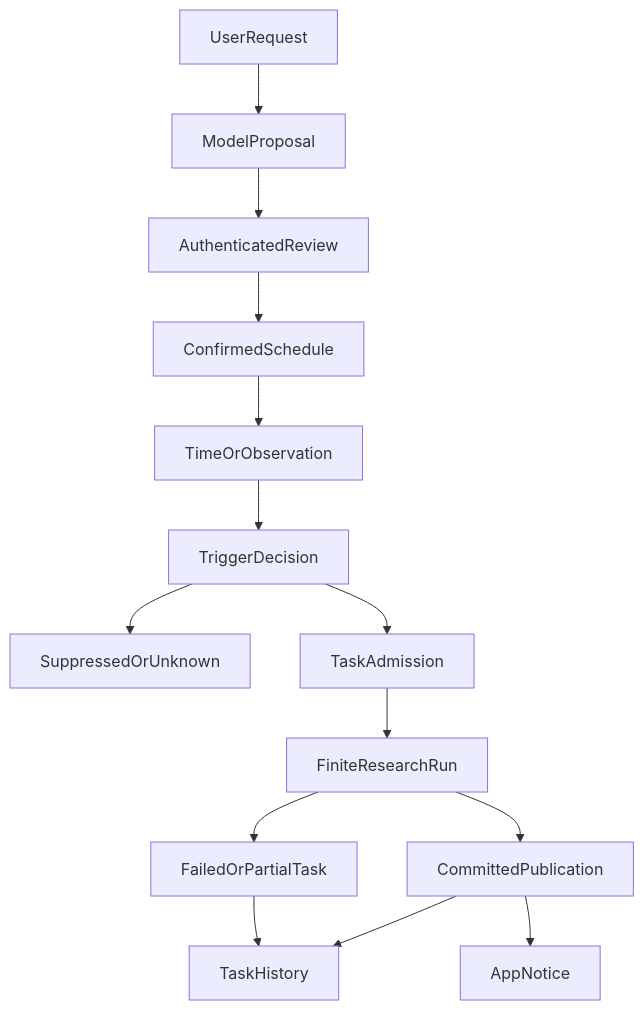
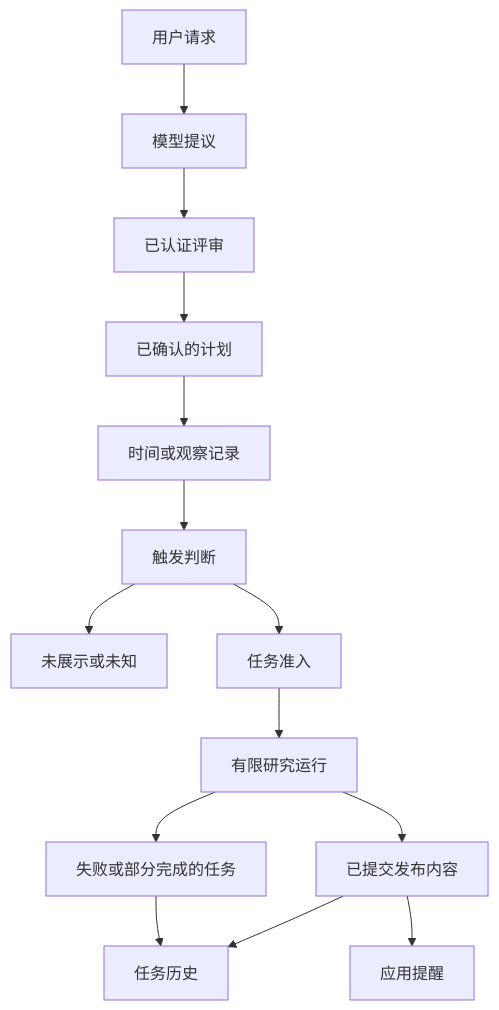
Before and after one commit to hpoenixf/eff-agent-article: the diagram in articles/agent-autonomous-scheduled-research.md, drawn with Mermaid. The commit also changed 52 other files, not shown here.

Commit message:
docs: localize diagrams and clarify flagship guides

````diff
--- a/articles/agent-autonomous-scheduled-research.md
+++ b/articles/agent-autonomous-scheduled-research.md
@@ -89,16 +89,16 @@
 ```mermaid
 graph TD
-UserRequest --> ModelProposal
-ModelProposal --> AuthenticatedReview
-AuthenticatedReview --> ConfirmedSchedule
-ConfirmedSchedule --> TimeOrObservation
-TimeOrObservation --> TriggerDecision
-TriggerDecision --> SuppressedOrUnknown
-TriggerDecision --> TaskAdmission
-TaskAdmission --> FiniteResearchRun
-FiniteResearchRun --> CommittedPublication
-FiniteResearchRun --> FailedOrPartialTask
-FailedOrPartialTask --> TaskHistory
+UserRequest["用户请求"] --> ModelProposal["模型提议"]
+ModelProposal --> AuthenticatedReview["已认证评审"]
+AuthenticatedReview --> ConfirmedSchedule["已确认的计划"]
+ConfirmedSchedule --> TimeOrObservation["时间或观察记录"]
+TimeOrObservation --> TriggerDecision["触发判断"]
+TriggerDecision --> SuppressedOrUnknown["未展示或未知"]
+TriggerDecision --> TaskAdmission["任务准入"]
+TaskAdmission --> FiniteResearchRun["有限研究运行"]
+FiniteResearchRun --> CommittedPublication["已提交发布内容"]
+FiniteResearchRun --> FailedOrPartialTask["失败或部分完成的任务"]
+FailedOrPartialTask --> TaskHistory["任务历史"]
 CommittedPublication --> TaskHistory
-CommittedPublication --> AppNotice
+CommittedPublication --> AppNotice["应用提醒"]
 ```
````
